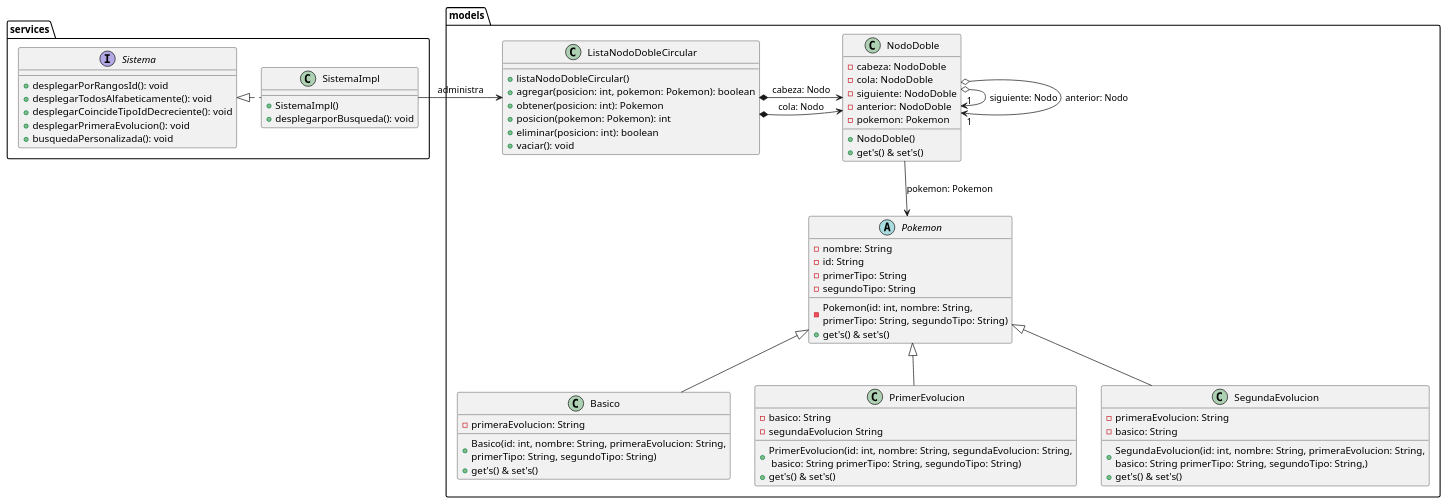
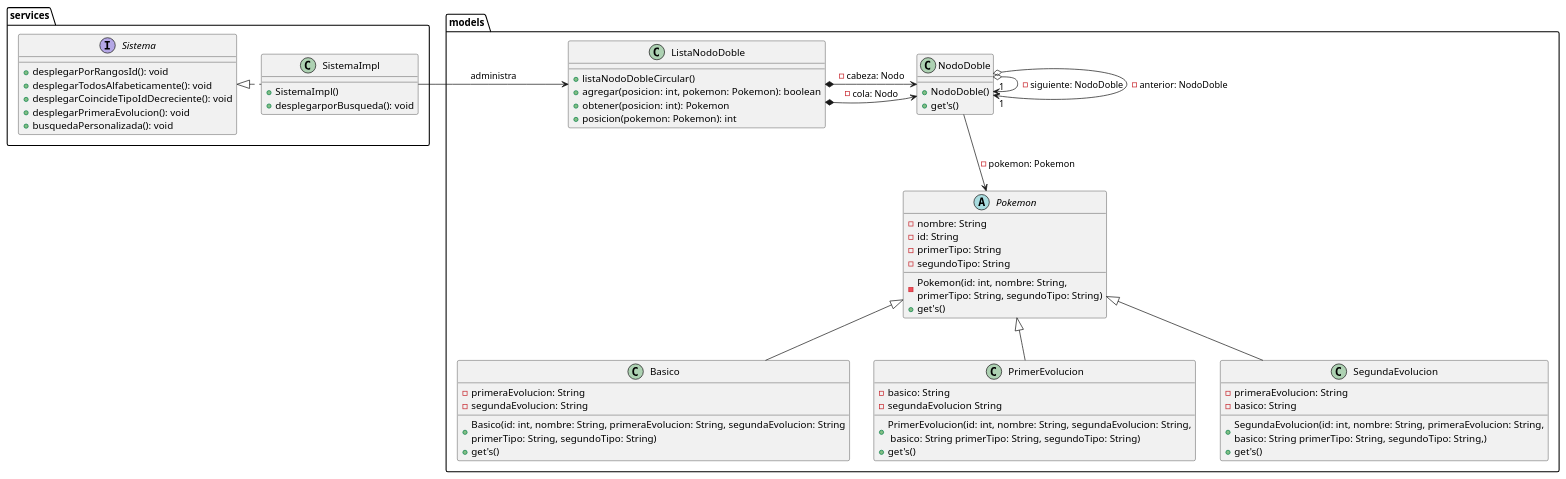
Before and after one commit to AlbertoLyons/Taller-4: the diagram in Clases.puml, drawn with PlantUML. The commit also changed 4 other files, not shown here.

```diff
--- a/Clases.puml
+++ b/Clases.puml
@@ -1,73 +1,67 @@
 @startuml
 package models {
     abstract class Pokemon {
      - nombre: String
      - id: String
      - primerTipo: String
      - segundoTipo: String
      - Pokemon(id: int, nombre: String, \nprimerTipo: String, segundoTipo: String)
-     + get's() & set's()
+     + get's()
     }
     class Basico {
      - primeraEvolucion: String
-     + Basico(id: int, nombre: String, primeraEvolucion: String,\nprimerTipo: String, segundoTipo: String)
-     + get's() & set's()
+     - segundaEvolucion: String
+     + Basico(id: int, nombre: String, primeraEvolucion: String, segundaEvolucion: String\nprimerTipo: String, segundoTipo: String)
+     + get's()
     }
     class PrimerEvolucion {
      - basico: String
      - segundaEvolucion String
      + PrimerEvolucion(id: int, nombre: String, segundaEvolucion: String,\n basico: String primerTipo: String, segundoTipo: String)
-     + get's() & set's()
+     + get's()
     }
     class SegundaEvolucion {
      - primeraEvolucion: String
      - basico: String
      + SegundaEvolucion(id: int, nombre: String, primeraEvolucion: String,\nbasico: String primerTipo: String, segundoTipo: String,)
-     + get's() & set's()
+     + get's()
     }
     class NodoDoble {
-     - cabeza: NodoDoble
-     - cola: NodoDoble
-     - siguiente: NodoDoble
-     - anterior: NodoDoble
-     - pokemon: Pokemon
      + NodoDoble()
-     + get's() & set's()
+     + get's()
     }
-    class ListaNodoDobleCircular {
+    class ListaNodoDoble {
      + listaNodoDobleCircular()
      + agregar(posicion: int, pokemon: Pokemon): boolean
      + obtener(posicion: int): Pokemon
      + posicion(pokemon: Pokemon): int
-     + eliminar(posicion: int): boolean
-     + vaciar(): void
     }
 }
 package services {
     interface Sistema {
      + desplegarPorRangosId(): void
      + desplegarTodosAlfabeticamente(): void
      + desplegarCoincideTipoIdDecreciente(): void
      + desplegarPrimeraEvolucion(): void
      + busquedaPersonalizada(): void
     }
     class SistemaImpl {
      + SistemaImpl()
      + desplegarporBusqueda(): void
     }
 }
 
 SistemaImpl .left|> Sistema
-SistemaImpl -right> ListaNodoDobleCircular: administra
-ListaNodoDobleCircular *-right-> NodoDoble : cabeza: Nodo
-ListaNodoDobleCircular *-right-> NodoDoble : cola: Nodo
-NodoDoble o-> "1"NodoDoble : siguiente: Nodo
-NodoDoble o-> "1"NodoDoble : anterior: Nodo
+SistemaImpl -right> ListaNodoDoble: administra
+ListaNodoDoble *-right-> NodoDoble : - cabeza: Nodo
+ListaNodoDoble *-right-> NodoDoble : - cola: Nodo
+NodoDoble o-> "1"NodoDoble : - siguiente: NodoDoble
+NodoDoble o-> "1"NodoDoble : - anterior: NodoDoble
 Basico -up-|> Pokemon
 PrimerEvolucion -up-|> Pokemon
 SegundaEvolucion -up-|> Pokemon
 
 
-NodoDoble -down-> Pokemon : pokemon: Pokemon
+NodoDoble -down-> Pokemon : - pokemon: Pokemon
 
 @enduml
```
